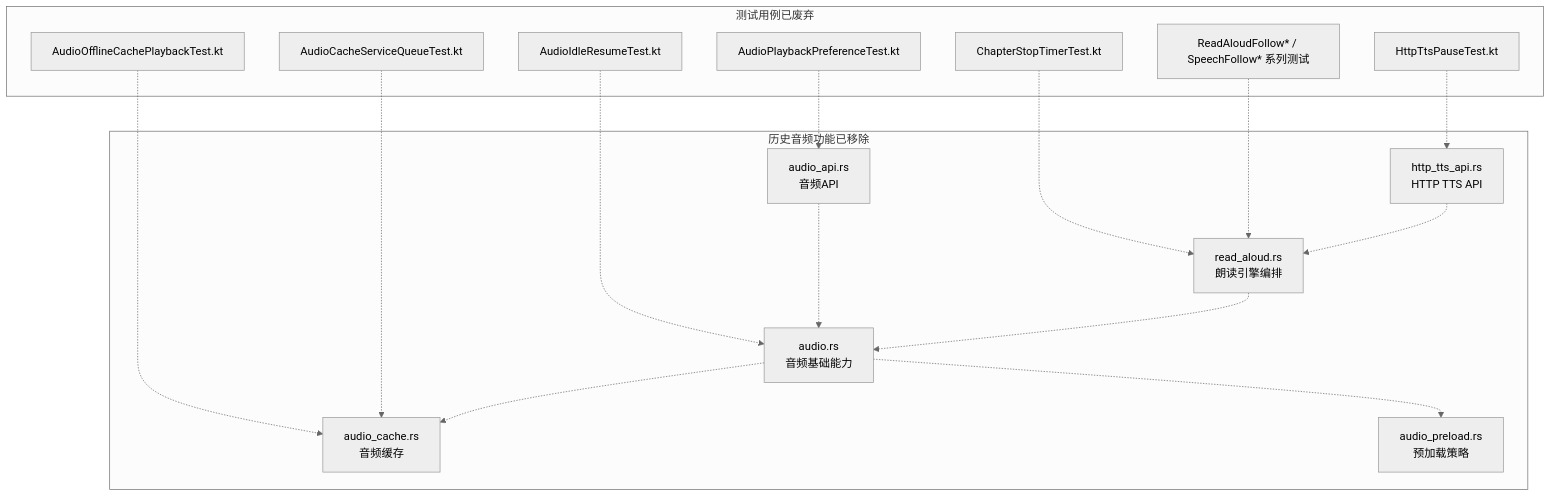
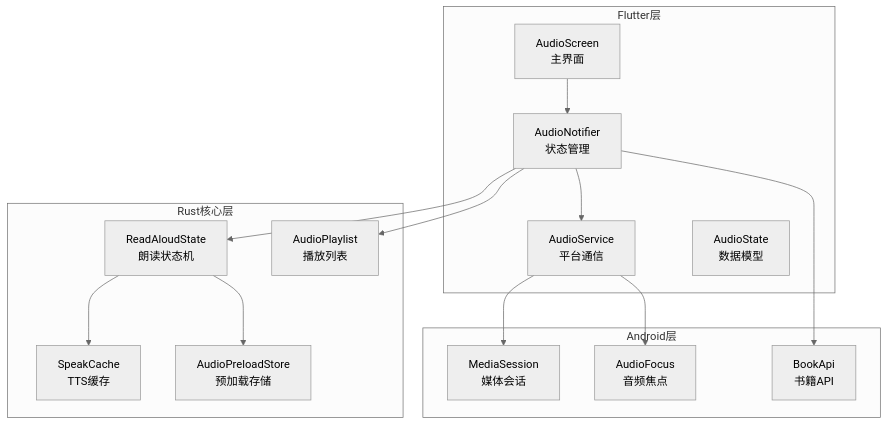
The first of 3 diagrams in .qoder/repowiki/zh/content/项目概述/核心功能特性/音频播放功能.md (ZhangGHGitHub/LegadoTeamFlutter), drawn with Mermaid (neutral theme) before and after one commit. The commit also changed other lines of this file and 173 other files, not shown here.

````diff
--- a/.qoder/repowiki/zh/content/项目概述/核心功能特性/音频播放功能.md
+++ b/.qoder/repowiki/zh/content/项目概述/核心功能特性/音频播放功能.md
@@ -51,32 +42,29 @@
 ```mermaid
 graph TB
-subgraph "历史音频功能已移除"
-A["audio.rs<br/>音频基础能力"]
-B["audio_cache.rs<br/>音频缓存"]
-C["audio_preload.rs<br/>预加载策略"]
-D["read_aloud.rs<br/>朗读引擎编排"]
-E["audio_api.rs<br/>音频API"]
-F["http_tts_api.rs<br/>HTTP TTS API"]
+subgraph "Flutter层"
+A["AudioScreen<br/>主界面"]
+B["AudioNotifier<br/>状态管理"]
+C["AudioService<br/>平台通信"]
+D["AudioState<br/>数据模型"]
 end
-subgraph "测试用例已废弃"
-G["AudioPlaybackPreferenceTest.kt"]
-H["HttpTtsPauseTest.kt"]
-I["AudioCacheServiceQueueTest.kt"]
-J["AudioOfflineCachePlaybackTest.kt"]
-K["ReadAloudFollow* / SpeechFollow* 系列测试"]
-L["ChapterStopTimerTest.kt"]
-M["AudioIdleResumeTest.kt"]
+subgraph "Rust核心层"
+E["ReadAloudState<br/>朗读状态机"]
+F["SpeakCache<br/>TTS缓存"]
+G["AudioPreloadStore<br/>预加载存储"]
+H["AudioPlaylist<br/>播放列表"]
 end
-A -.-> B
-A -.-> C
-D -.-> A
-E -.-> A
-F -.-> D
-G -.-> E
-H -.-> F
-I -.-> B
-J -.-> B
-K -.-> D
-L -.-> D
-M -.-> A
+subgraph "Android层"
+I["MediaSession<br/>媒体会话"]
+J["AudioFocus<br/>音频焦点"]
+K["BookApi<br/>书籍API"]
+end
+A --> B
+B --> C
+B --> E
+E --> F
+E --> G
+B --> H
+C --> I
+C --> J
+B --> K
 ```
````
